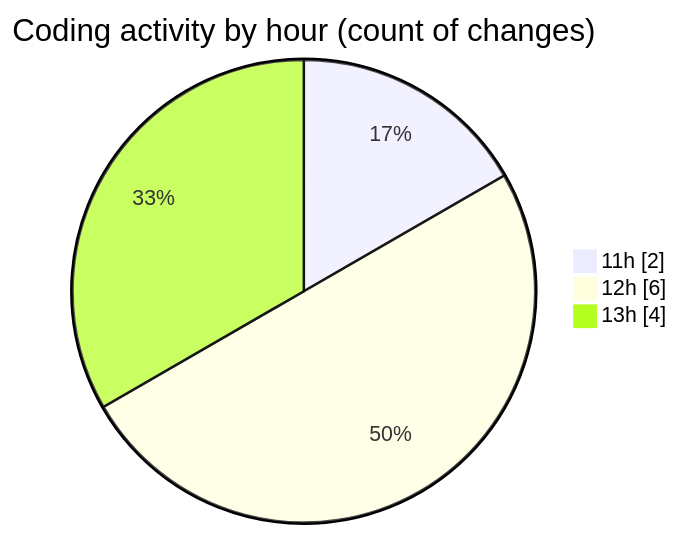
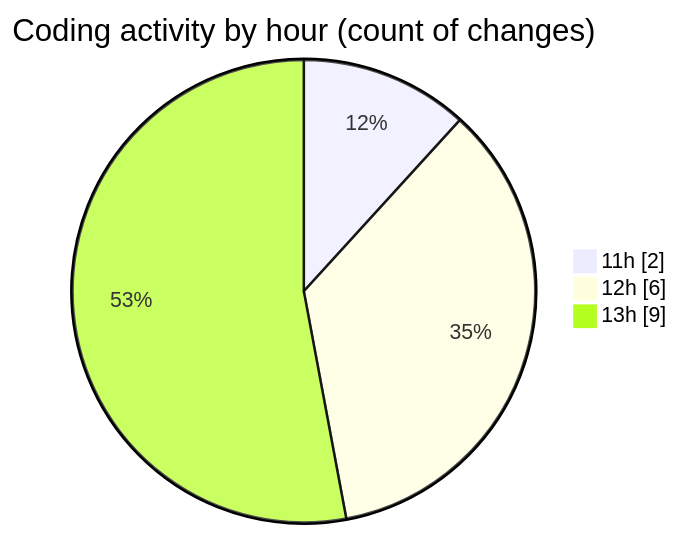
One commit to nxtqubesakshisongat/code-tracking changed the second of 2 diagrams in 2025-06-30/argos/README.md. Above: the diagram before and after it, drawn with Mermaid. The commit also changed other lines of this file and 1 other file, not shown here.

````diff
--- a/2025-06-30/argos/README.md
+++ b/2025-06-30/argos/README.md
@@ -30,7 +30,7 @@
 ```mermaid
 pie showData
 title Coding activity by hour (count of changes)
 "11h" : 2
 "12h" : 6
-"13h" : 4
+"13h" : 9
 ```
````
